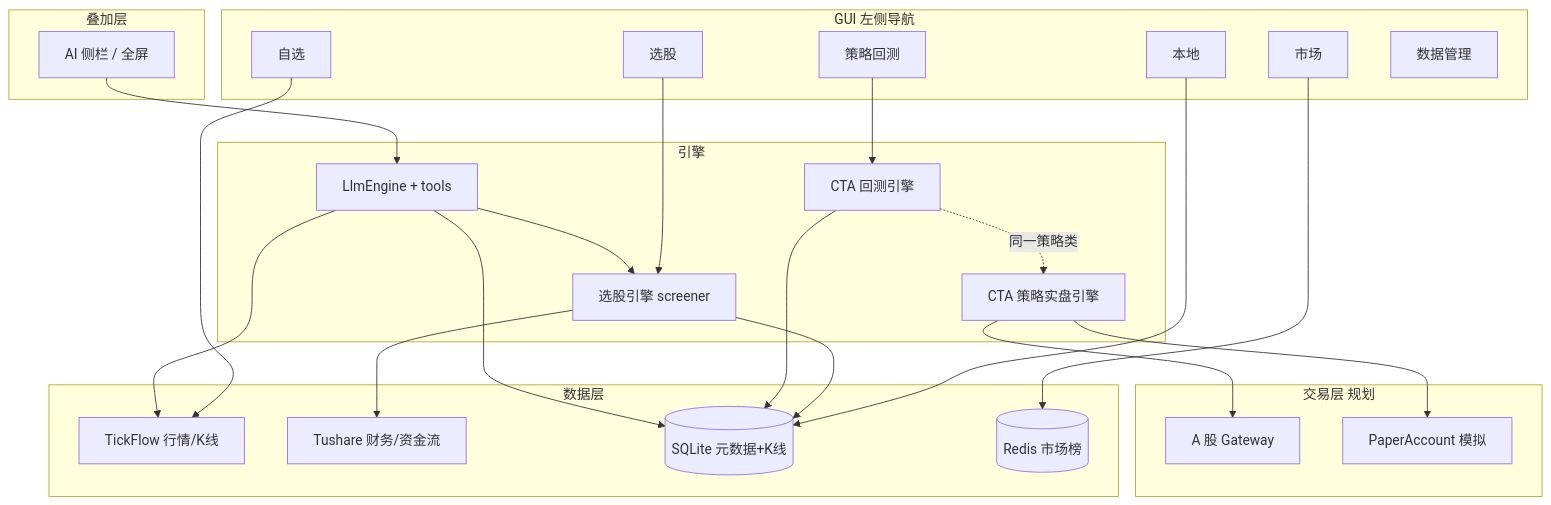
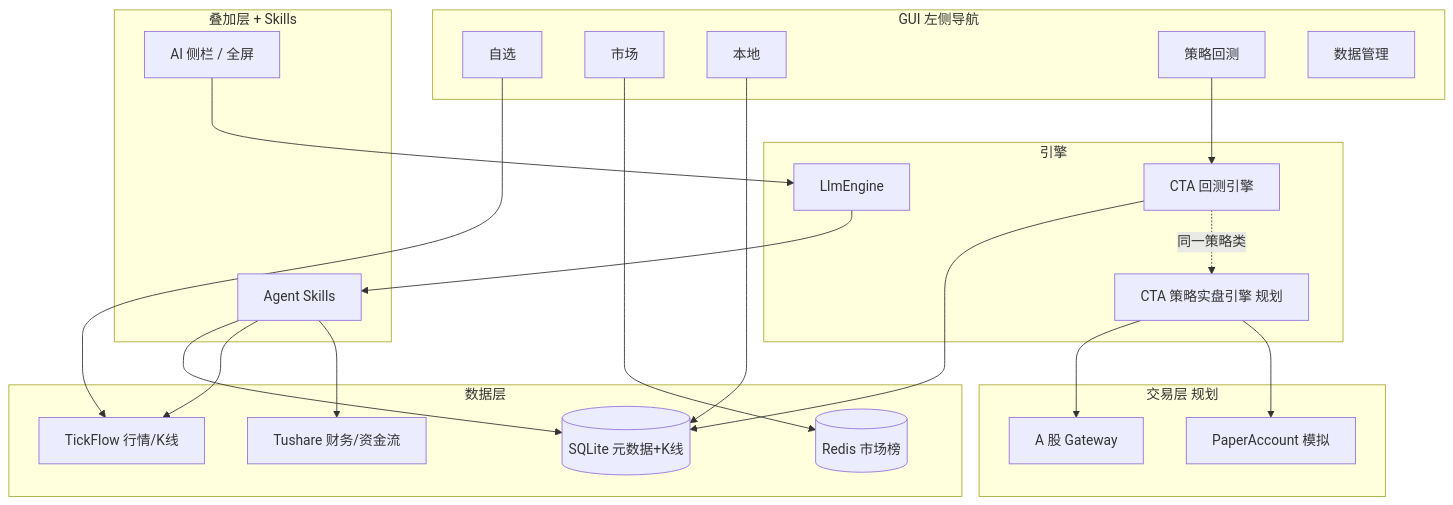
Before and after one commit to xiezg247/zak: the diagram in docs/product-plan.md, drawn with Mermaid. The commit also changed other lines of this file and 7 other files, not shown here.

````diff
--- a/docs/product-plan.md
+++ b/docs/product-plan.md
@@ -35,50 +35,47 @@
 ```mermaid
 flowchart TB
     subgraph ui [GUI 左侧导航]
         W[自选]
         M[市场]
         L[本地]
-        S[选股]
         B[策略回测]
         D[数据管理]
     end
 
-    subgraph overlay [叠加层]
+    subgraph overlay [叠加层 + Skills]
         AI[AI 侧栏 / 全屏]
+        SK[Agent Skills]
     end
 
     subgraph data [数据层]
         TF[TickFlow 行情/K线]
         TS[Tushare 财务/资金流]
         DB[(SQLite 元数据+K线)]
         RD[(Redis 市场榜)]
     end
 
     subgraph engine [引擎]
-        SCR[选股引擎 screener]
         BT[CTA 回测引擎]
-        LIVE[CTA 策略实盘引擎]
-        LLM[LlmEngine + tools]
+        LIVE[CTA 策略实盘引擎 规划]
+        LLM[LlmEngine]
     end
 
     subgraph trade [交易层 规划]
         GW[A 股 Gateway]
         PA[PaperAccount 模拟]
     end
 
     W --> TF
     M --> RD
     L --> DB
-    S --> SCR
-    SCR --> TS
-    SCR --> DB
     B --> BT
     BT --> DB
     LIVE --> GW
     LIVE --> PA
     BT -.同一策略类.-> LIVE
     AI --> LLM
-    LLM --> SCR
-    LLM --> DB
-    LLM --> TF
+    LLM --> SK
+    SK --> DB
+    SK --> TF
+    SK --> TS
 ```
````
